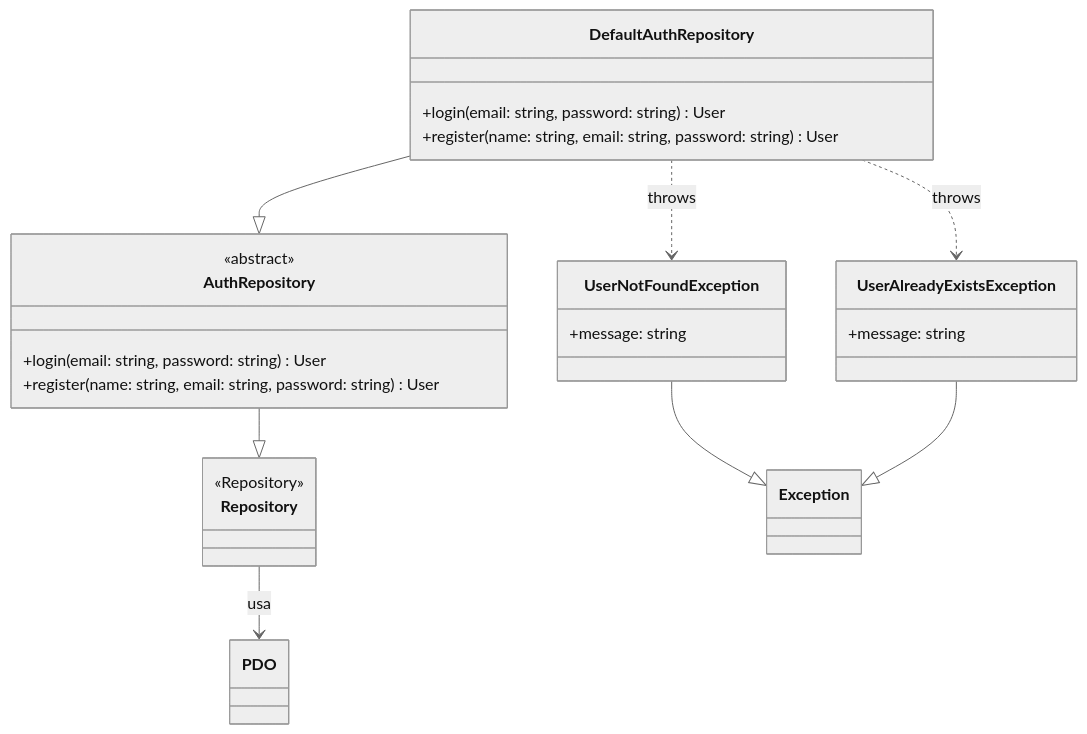
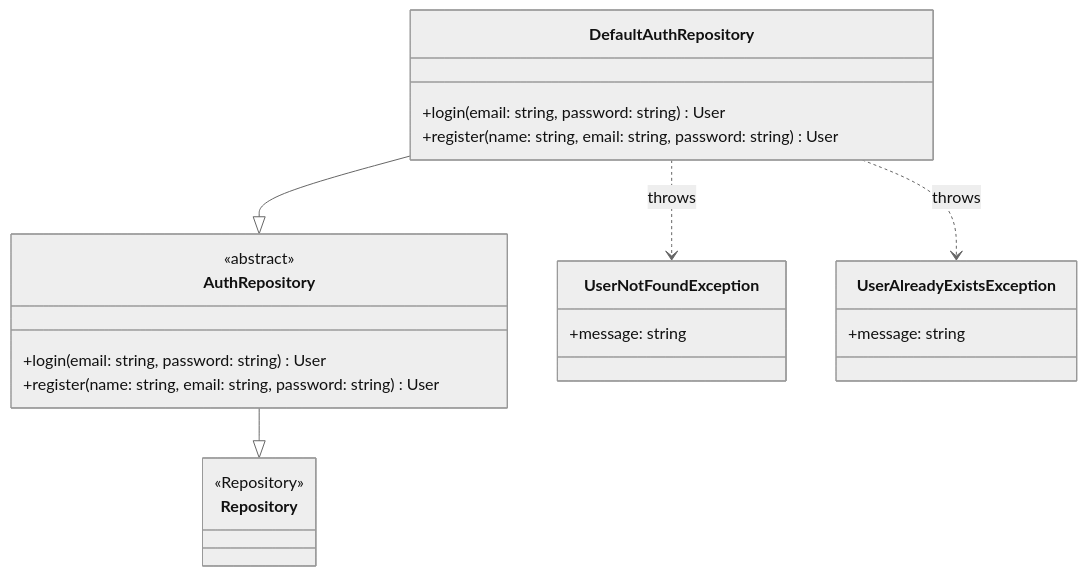
The first of 7 diagrams in docuai/UC01.md (mb4dev/progetto-prova), drawn with Mermaid (neutral theme) before and after one commit. The commit also changed other lines of this file and 10 other files, not shown here.

````diff
--- a/docuai/UC01.md
+++ b/docuai/UC01.md
@@ -11,36 +11,31 @@
 ```mermaid 
 classDiagram
 
 class Repository {
     <<Repository>>
 }
 
 class AuthRepository {
     <<abstract>>
     +login(email: string, password: string) User
     +register(name: string, email: string, password: string) User
 }
 
 class DefaultAuthRepository {
     +login(email: string, password: string) User
     +register(name: string, email: string, password: string) User
 }
 
 class UserNotFoundException {
     +message: string
 }
 
 class UserAlreadyExistsException {
     +message: string
 }
 
 AuthRepository --|> Repository        
 DefaultAuthRepository --|> AuthRepository  
-Repository --> PDO : usa
-
 DefaultAuthRepository ..> UserNotFoundException : throws
 DefaultAuthRepository ..> UserAlreadyExistsException : throws
-
-UserNotFoundException --|> Exception
-UserAlreadyExistsException --|> Exception
 ```
````
